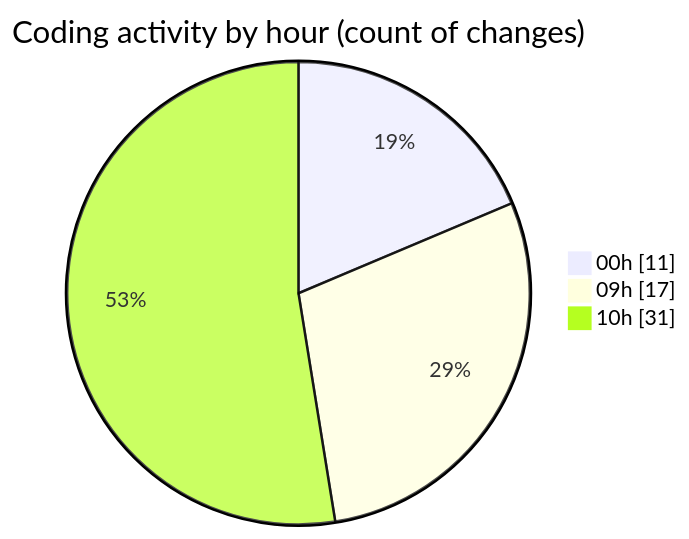
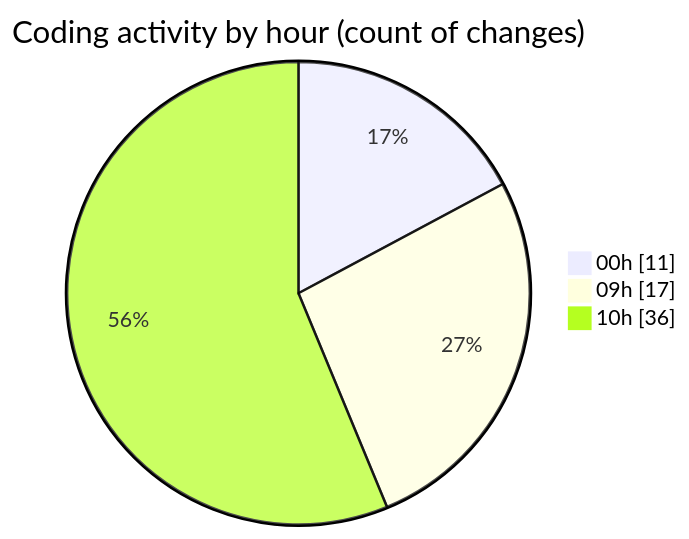
One commit to momahboobian/code-tracking changed the second of 2 diagrams in 2026-09-02/cda/README.md. Above: the diagram before and after it, drawn with Mermaid. The commit also changed other lines of this file and 1 other file, not shown here.

````diff
--- a/2026-09-02/cda/README.md
+++ b/2026-09-02/cda/README.md
@@ -35,7 +35,7 @@
 ```mermaid
 pie showData
 title Coding activity by hour (count of changes)
 "00h" : 11
 "09h" : 17
-"10h" : 31
+"10h" : 36
 ```
````
